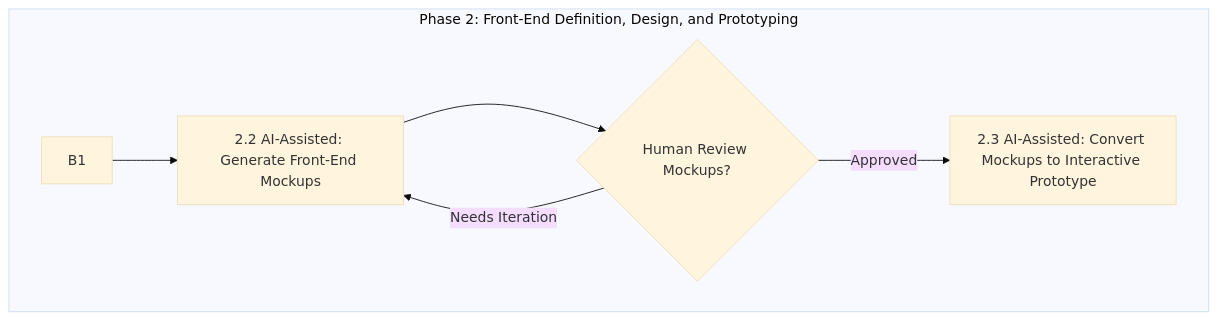
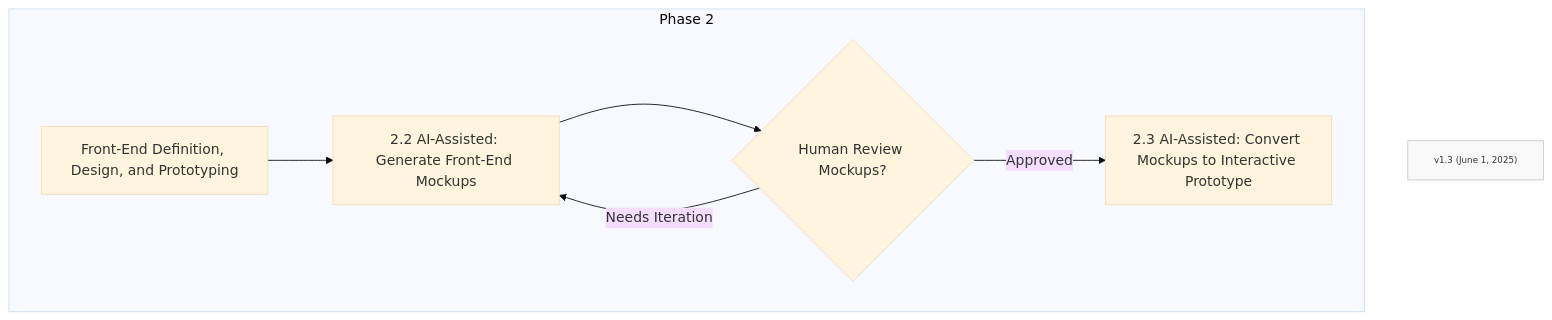
Before and after one commit to Mharbulous/Front-First-Method: the diagram in Method/FF-phase3.md, drawn with Mermaid (base theme).

````diff
--- a/Method/FF-phase3.md
+++ b/Method/FF-phase3.md
@@ -2,12 +2,17 @@
 ```mermaid
 graph TD
     
     
-    subgraph Phase1 ["Phase 2: Front-End Definition, Design, and Prototyping"]
-                B1 --> B2["2.2 AI-Assisted: Generate Front-End Mockups"]
+    subgraph Phase1 ["Phase 2"]
+        B1["Front-End Definition, Design, and Prototyping"] --> B2["2.2 AI-Assisted: Generate Front-End Mockups"]
         B2 --> B2_Val{"Human Review Mockups?"}
         B2_Val -->|Needs Iteration| B2
         B2_Val -->|Approved| B3["2.3 AI-Assisted: Convert Mockups to Interactive Prototype"]
         
     end
+
+    Version["v1.3 (June 1, 2025)"]    
+    classDef version fill:#f9f9f9,stroke:#ccc,font-size:10px
+    class Version version
+
 ```
````
